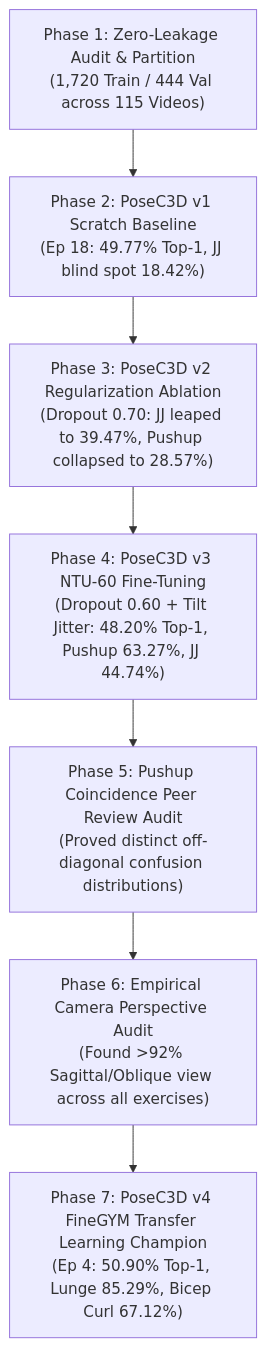
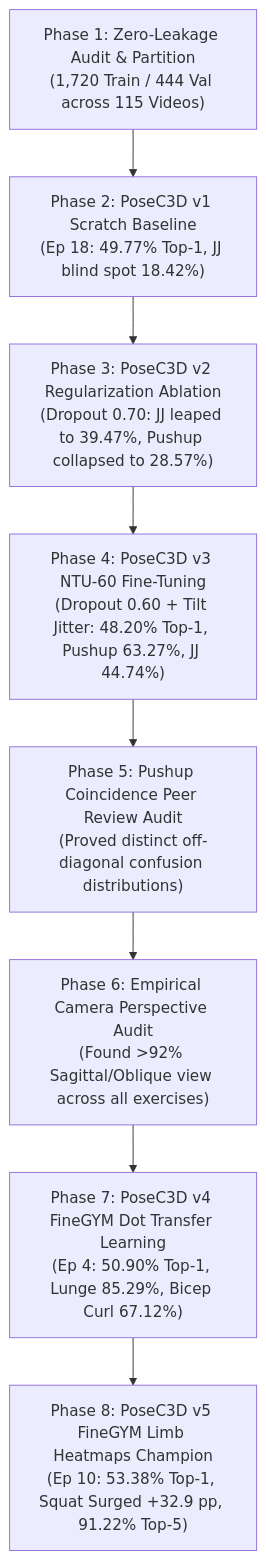
Before and after one commit to abdullahej5411/biomechai_model: the diagram in FINAL_PRODUCTION_REPORT.md, drawn with Mermaid. The commit also changed other lines of this file and 2 other files, not shown here.

Commit message:
docs: synchronize master system documentation with PoseC3D v5 champion and cloud tunnel v2.2 architecture

````diff
--- a/FINAL_PRODUCTION_REPORT.md
+++ b/FINAL_PRODUCTION_REPORT.md
@@ -68,9 +47,10 @@
 ```mermaid
 flowchart TD
     P1["Phase 1: Zero-Leakage Audit & Partition<br/>(1,720 Train / 444 Val across 115 Videos)"] --> P2["Phase 2: PoseC3D v1 Scratch Baseline<br/>(Ep 18: 49.77% Top-1, JJ blind spot 18.42%)"]
     P2 --> P3["Phase 3: PoseC3D v2 Regularization Ablation<br/>(Dropout 0.70: JJ leaped to 39.47%, Pushup collapsed to 28.57%)"]
     P3 --> P4["Phase 4: PoseC3D v3 NTU-60 Fine-Tuning<br/>(Dropout 0.60 + Tilt Jitter: 48.20% Top-1, Pushup 63.27%, JJ 44.74%)"]
     P4 --> P5["Phase 5: Pushup Coincidence Peer Review Audit<br/>(Proved distinct off-diagonal confusion distributions)"]
     P5 --> P6["Phase 6: Empirical Camera Perspective Audit<br/>(Found >92% Sagittal/Oblique view across all exercises)"]
-    P6 --> P7["Phase 7: PoseC3D v4 FineGYM Transfer Learning Champion<br/>(Ep 4: 50.90% Top-1, Lunge 85.29%, Bicep Curl 67.12%)"]
+    P6 --> P7["Phase 7: PoseC3D v4 FineGYM Dot Transfer Learning<br/>(Ep 4: 50.90% Top-1, Lunge 85.29%, Bicep Curl 67.12%)"]
+    P7 --> P8["Phase 8: PoseC3D v5 FineGYM Limb Heatmaps Champion<br/>(Ep 10: 53.38% Top-1, Squat Surged +32.9 pp, 91.22% Top-5)"]
 ```
````
